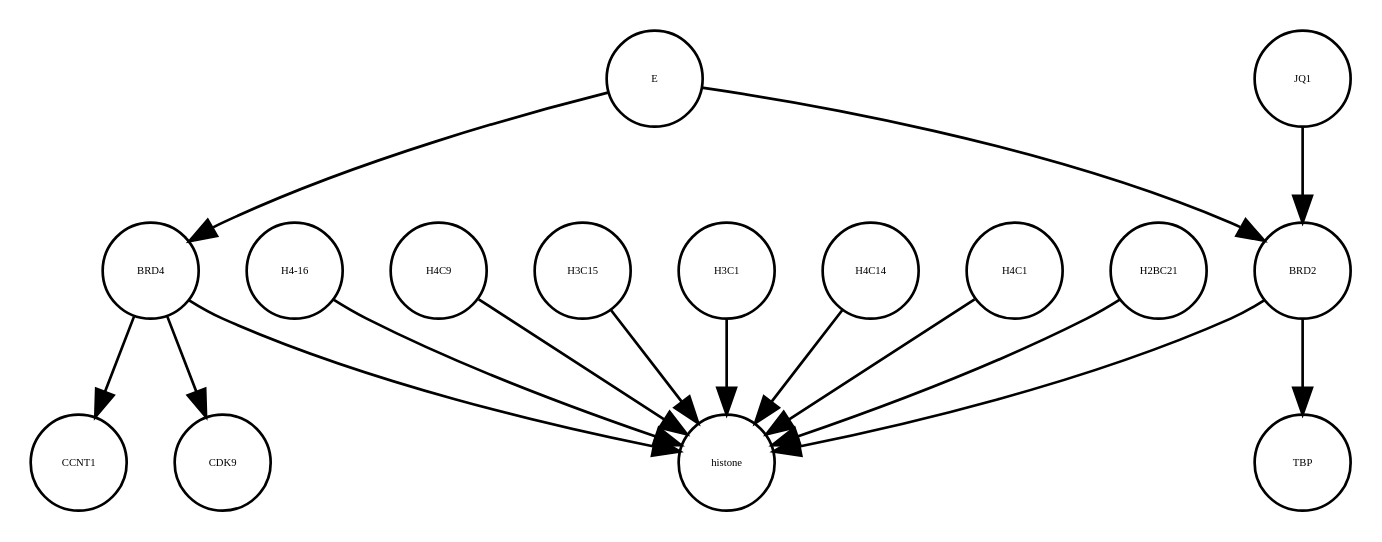
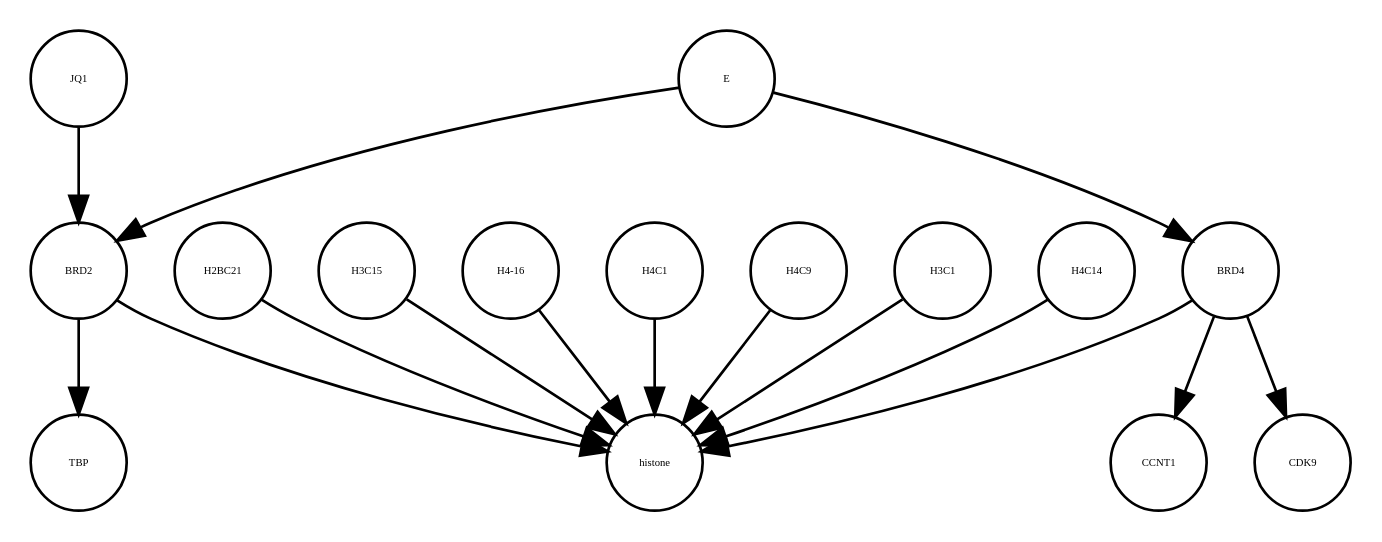
One commit to cannin/covid19-sbgn changed the diagram in E_SARS_CoV_2_22_05_2020.xml_projected.dot. Above: the diagram before and after it, drawn with Graphviz. The commit also changed other lines of this file and 563 other files, not shown here.

```diff
--- a/E_SARS_CoV_2_22_05_2020.xml_projected.dot
+++ b/E_SARS_CoV_2_22_05_2020.xml_projected.dot
@@ -1,32 +1,32 @@
 strict digraph  {
-E [annotation=urn_miriam_ncbiprotein_BCD58755, bipartite=0, cls=macromolecule, fontsize=4, label=E, shape=circle];
+BRD4 [annotation="", bipartite=0, cls=macromolecule, fontsize=4, label=BRD4, shape=circle];
+H2BC21 [annotation="", bipartite=0, cls=macromolecule, fontsize=4, label=H2BC21, shape=circle];
+JQ1 [annotation="", bipartite=0, cls=macromolecule, fontsize=4, label=JQ1, shape=circle];
+H3C15 [annotation="", bipartite=0, cls=macromolecule, fontsize=4, label=H3C15, shape=circle];
+BRD2 [annotation="", bipartite=0, cls=macromolecule, fontsize=4, label=BRD2, shape=circle];
+CCNT1 [annotation="", bipartite=0, cls=macromolecule, fontsize=4, label=CCNT1, shape=circle];
 "H4-16" [annotation="", bipartite=0, cls=macromolecule, fontsize=4, label="H4-16", shape=circle];
-H4C9 [annotation="", bipartite=0, cls=macromolecule, fontsize=4, label=H4C9, shape=circle];
-H3C15 [annotation="", bipartite=0, cls=macromolecule, fontsize=4, label=H3C15, shape=circle];
-CCNT1 [annotation="", bipartite=0, cls=macromolecule, fontsize=4, label=CCNT1, shape=circle];
-H3C1 [annotation="", bipartite=0, cls=macromolecule, fontsize=4, label=H3C1, shape=circle];
-BRD4 [annotation="", bipartite=0, cls=macromolecule, fontsize=4, label=BRD4, shape=circle];
-histone [annotation="", bipartite=0, cls=complex, fontsize=4, label=histone, shape=circle];
-TBP [annotation="", bipartite=0, cls=macromolecule, fontsize=4, label=TBP, shape=circle];
-JQ1 [annotation="", bipartite=0, cls=macromolecule, fontsize=4, label=JQ1, shape=circle];
-H4C14 [annotation="", bipartite=0, cls=macromolecule, fontsize=4, label=H4C14, shape=circle];
 H4C1 [annotation="", bipartite=0, cls=macromolecule, fontsize=4, label=H4C1, shape=circle];
 CDK9 [annotation="", bipartite=0, cls=macromolecule, fontsize=4, label=CDK9, shape=circle];
-H2BC21 [annotation="", bipartite=0, cls=macromolecule, fontsize=4, label=H2BC21, shape=circle];
-BRD2 [annotation="", bipartite=0, cls=macromolecule, fontsize=4, label=BRD2, shape=circle];
-E -> BRD2  [annotation="urn_miriam_doi_10.1038%2Fs41586-020-2286-9|urn_miriam_doi_10.1080%2F15592294.2018.1469891", interaction_type=inhibition];
-E -> BRD4  [annotation="urn_miriam_doi_10.1038%2Fs41586-020-2286-9", interaction_type=inhibition];
-"H4-16" -> histone  [annotation="", interaction_type=production];
-H4C9 -> histone  [annotation="", interaction_type=production];
-H3C15 -> histone  [annotation="", interaction_type=production];
-H3C1 -> histone  [annotation="", interaction_type=production];
-BRD4 -> histone  [annotation="urn_miriam_doi_10.1038%2Fnsmb.3228.|urn_miriam_doi_10.1016%2Fj.molcel.2008.01.018", interaction_type=catalysis];
+TBP [annotation="", bipartite=0, cls=macromolecule, fontsize=4, label=TBP, shape=circle];
+E [annotation=urn_miriam_ncbiprotein_BCD58755, bipartite=0, cls=macromolecule, fontsize=4, label=E, shape=circle];
+H4C9 [annotation="", bipartite=0, cls=macromolecule, fontsize=4, label=H4C9, shape=circle];
+histone [annotation="", bipartite=0, cls=complex, fontsize=4, label=histone, shape=circle];
+H3C1 [annotation="", bipartite=0, cls=macromolecule, fontsize=4, label=H3C1, shape=circle];
+H4C14 [annotation="", bipartite=0, cls=macromolecule, fontsize=4, label=H4C14, shape=circle];
 BRD4 -> CCNT1  [annotation="", interaction_type=catalysis];
 BRD4 -> CDK9  [annotation=urn_miriam_taxonomy_10090, interaction_type=catalysis];
+BRD4 -> histone  [annotation="urn_miriam_doi_10.1038%2Fnsmb.3228.|urn_miriam_doi_10.1016%2Fj.molcel.2008.01.018", interaction_type=catalysis];
+H2BC21 -> histone  [annotation="", interaction_type=production];
 JQ1 -> BRD2  [annotation="urn_miriam_doi_10.1038%2Fs41586-020-2286-9|urn_miriam_doi_10.1080%2F15592294.2018.1469891", interaction_type=inhibition];
-H4C14 -> histone  [annotation="", interaction_type=production];
-H4C1 -> histone  [annotation="", interaction_type=production];
-H2BC21 -> histone  [annotation="", interaction_type=production];
+H3C15 -> histone  [annotation="", interaction_type=production];
 BRD2 -> TBP  [annotation="urn_miriam_doi_10.1007%2Fs11010-006-9223-6", interaction_type=catalysis];
 BRD2 -> histone  [annotation="urn_miriam_doi_10.1038%2Fnsmb.3228.|urn_miriam_doi_10.1016%2Fj.molcel.2008.01.018", interaction_type=catalysis];
+"H4-16" -> histone  [annotation="", interaction_type=production];
+H4C1 -> histone  [annotation="", interaction_type=production];
+E -> BRD4  [annotation="urn_miriam_doi_10.1038%2Fs41586-020-2286-9", interaction_type=inhibition];
+E -> BRD2  [annotation="urn_miriam_doi_10.1038%2Fs41586-020-2286-9|urn_miriam_doi_10.1080%2F15592294.2018.1469891", interaction_type=inhibition];
+H4C9 -> histone  [annotation="", interaction_type=production];
+H3C1 -> histone  [annotation="", interaction_type=production];
+H4C14 -> histone  [annotation="", interaction_type=production];
 }
```
